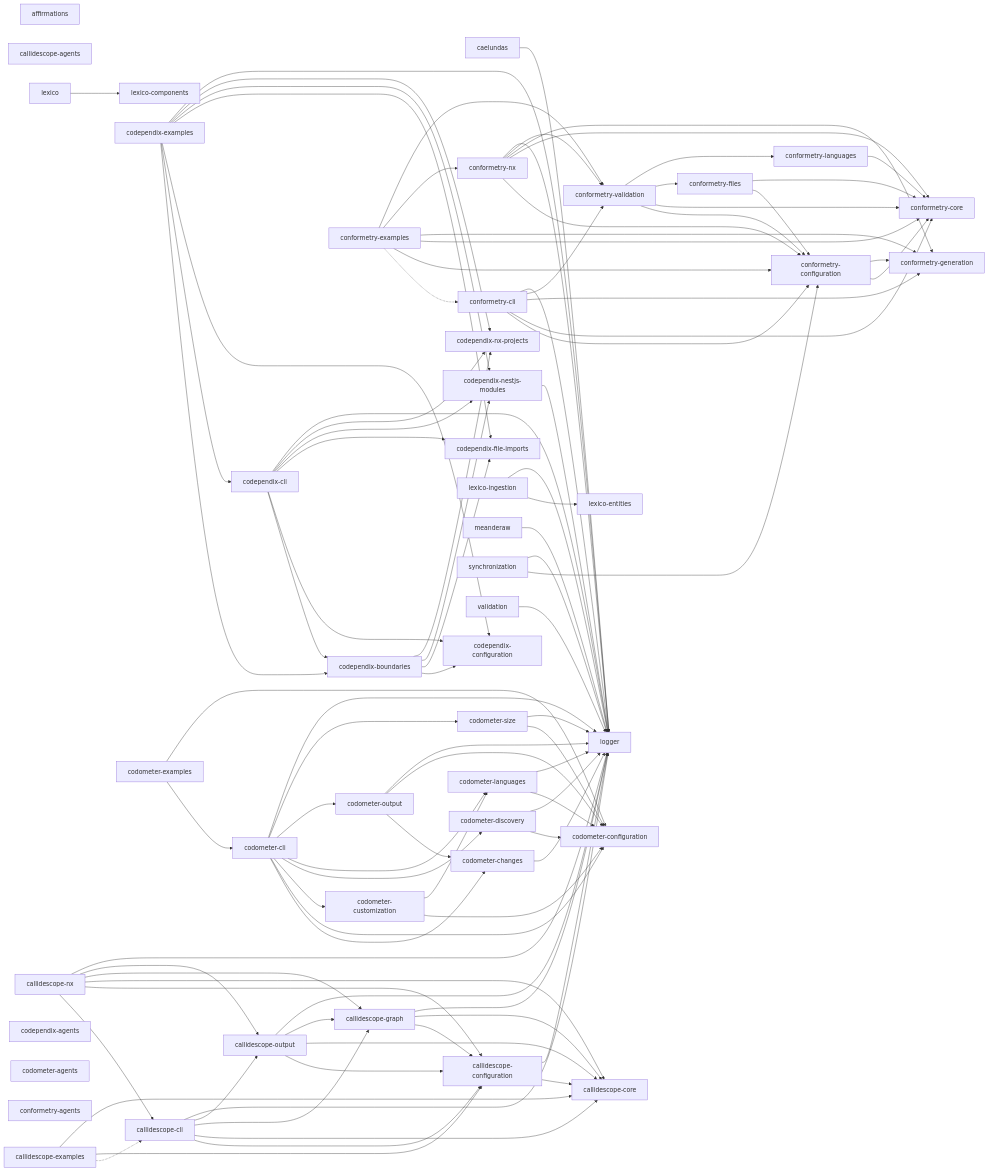
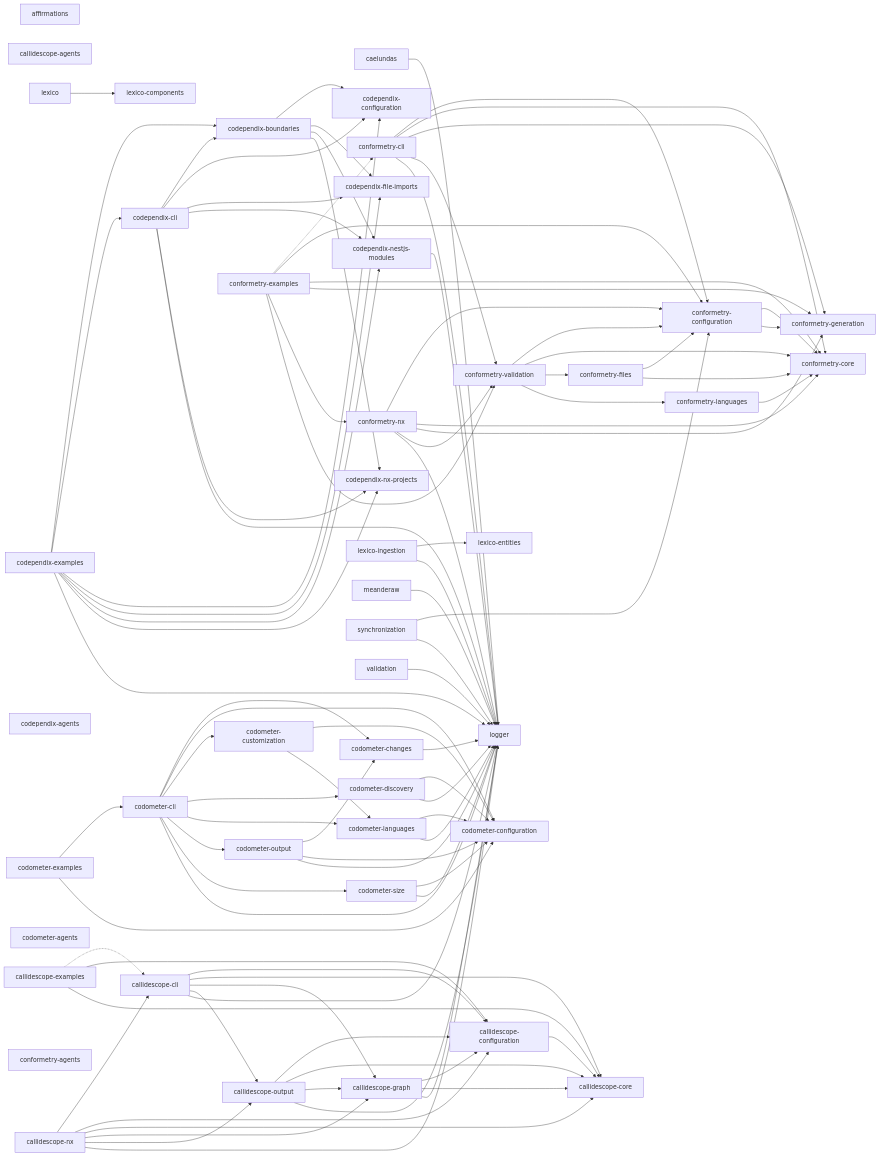
The diagram in README.md (JimmyPaolini/codebase), drawn with Mermaid before and after one commit. The commit also changed 54 other files, not shown here.

Commit message:
refactor(callidescope,configuration): ♻️ publish one facade from the configuration layer

```diff
--- a/README.md
+++ b/README.md
@@ -239,7 +239,6 @@
   callidescope_cli --> callidescope_output
   callidescope_cli --> logger
   callidescope_configuration --> callidescope_core
-  callidescope_configuration --> logger
   callidescope_examples -.-> callidescope_cli
   callidescope_examples --> callidescope_configuration
   callidescope_examples --> callidescope_core
```
